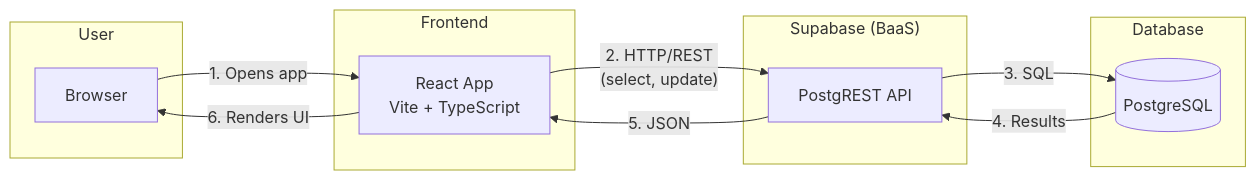
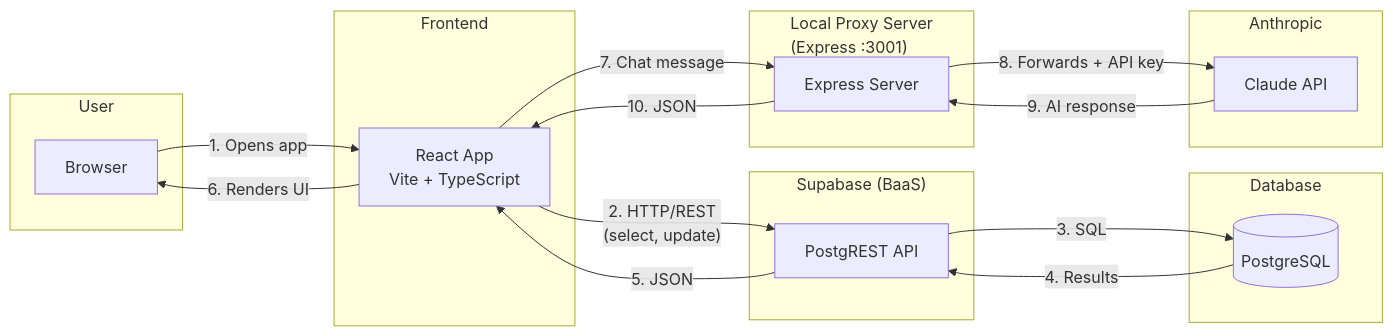
One commit to jigby5/health-navigator changed the diagram in README.md. Above: the diagram before and after it, drawn with Mermaid. The commit also changed other lines of this file and 4 other files, not shown here.

````diff
--- a/README.md
+++ b/README.md
@@ -27,25 +28,37 @@
 ```mermaid
 flowchart LR
     subgraph User
         Browser[Browser]
     end
 
     subgraph Frontend
         React[React App\nVite + TypeScript]
     end
 
+    subgraph Proxy["Local Proxy Server\n(Express :3001)"]
+        Express[Express Server]
+    end
+
     subgraph Supabase["Supabase (BaaS)"]
         API[PostgREST API]
     end
 
     subgraph Database
         PostgreSQL[(PostgreSQL)]
     end
 
+    subgraph AI["Anthropic"]
+        Claude[Claude API]
+    end
+
     Browser -->|"1. Opens app"| React
     React -->|"2. HTTP/REST\n(select, update)"| API
     API -->|"3. SQL"| PostgreSQL
     PostgreSQL -->|"4. Results"| API
     API -->|"5. JSON"| React
     React -->|"6. Renders UI"| Browser
+    React -->|"7. Chat message"| Express
+    Express -->|"8. Forwards + API key"| Claude
+    Claude -->|"9. AI response"| Express
+    Express -->|"10. JSON"| React
 ```
````
